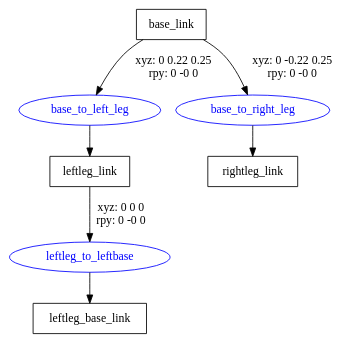
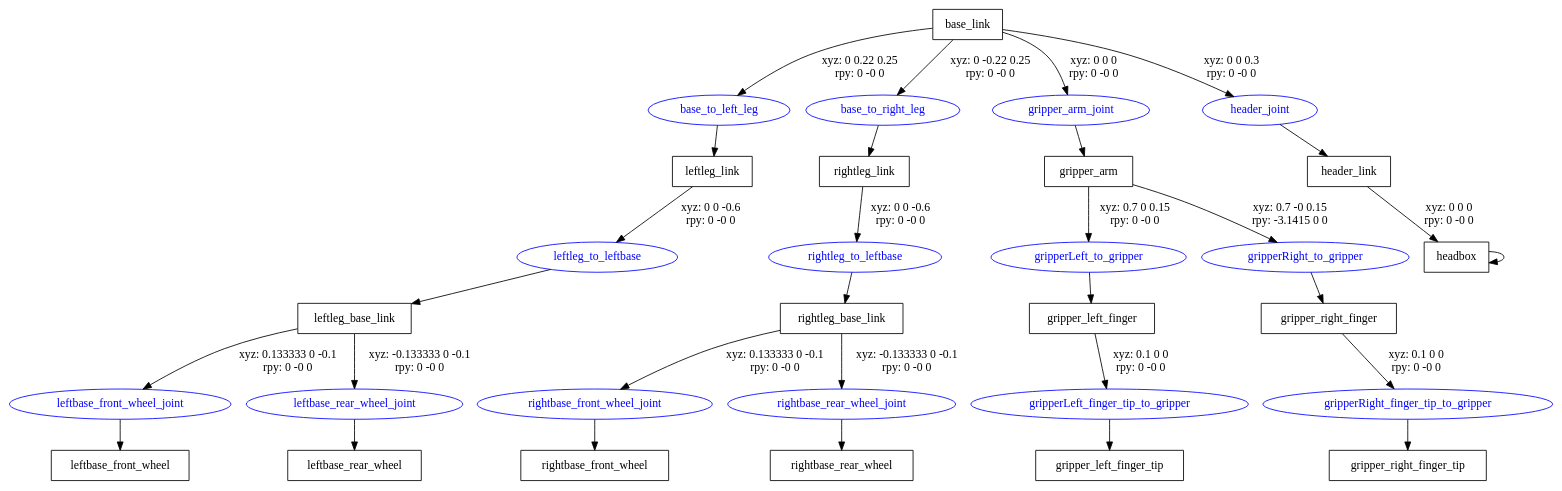
The diagram in sisko_mira_description/R2D2.gv (captsisko/thesis_urdf_experimentation), drawn with Graphviz before and after one commit. The commit also changed 2 other files, not shown here.

Commit message:
Updated but a work-in-progress. Collision and Inertial tags have not been given to the mesh finger and finger tips link

```diff
--- a/sisko_mira_description/R2D2.gv
+++ b/sisko_mira_description/R2D2.gv
@@ -1,14 +1,50 @@
 digraph G {
 node [shape=box];
 "base_link" [label="base_link"];
 "leftleg_link" [label="leftleg_link"];
 "leftleg_base_link" [label="leftleg_base_link"];
+"leftbase_front_wheel" [label="leftbase_front_wheel"];
+"leftbase_rear_wheel" [label="leftbase_rear_wheel"];
 "rightleg_link" [label="rightleg_link"];
+"rightleg_base_link" [label="rightleg_base_link"];
+"rightbase_front_wheel" [label="rightbase_front_wheel"];
+"rightbase_rear_wheel" [label="rightbase_rear_wheel"];
+"gripper_arm" [label="gripper_arm"];
+"gripper_left_finger" [label="gripper_left_finger"];
+"gripper_left_finger_tip" [label="gripper_left_finger_tip"];
+"gripper_right_finger" [label="gripper_right_finger"];
+"gripper_right_finger_tip" [label="gripper_right_finger_tip"];
+"header_link" [label="header_link"];
+"headbox" [label="headbox"];
 node [shape=ellipse, color=blue, fontcolor=blue];
 "base_link" -> "base_to_left_leg" [label="xyz: 0 0.22 0.25 \nrpy: 0 -0 0"]
 "base_to_left_leg" -> "leftleg_link"
-"leftleg_link" -> "leftleg_to_leftbase" [label="xyz: 0 0 0 \nrpy: 0 -0 0"]
+"leftleg_link" -> "leftleg_to_leftbase" [label="xyz: 0 0 -0.6 \nrpy: 0 -0 0"]
 "leftleg_to_leftbase" -> "leftleg_base_link"
+"leftleg_base_link" -> "leftbase_front_wheel_joint" [label="xyz: 0.133333 0 -0.1 \nrpy: 0 -0 0"]
+"leftbase_front_wheel_joint" -> "leftbase_front_wheel"
+"leftleg_base_link" -> "leftbase_rear_wheel_joint" [label="xyz: -0.133333 0 -0.1 \nrpy: 0 -0 0"]
+"leftbase_rear_wheel_joint" -> "leftbase_rear_wheel"
 "base_link" -> "base_to_right_leg" [label="xyz: 0 -0.22 0.25 \nrpy: 0 -0 0"]
 "base_to_right_leg" -> "rightleg_link"
+"rightleg_link" -> "rightleg_to_leftbase" [label="xyz: 0 0 -0.6 \nrpy: 0 -0 0"]
+"rightleg_to_leftbase" -> "rightleg_base_link"
+"rightleg_base_link" -> "rightbase_front_wheel_joint" [label="xyz: 0.133333 0 -0.1 \nrpy: 0 -0 0"]
+"rightbase_front_wheel_joint" -> "rightbase_front_wheel"
+"rightleg_base_link" -> "rightbase_rear_wheel_joint" [label="xyz: -0.133333 0 -0.1 \nrpy: 0 -0 0"]
+"rightbase_rear_wheel_joint" -> "rightbase_rear_wheel"
+"base_link" -> "gripper_arm_joint" [label="xyz: 0 0 0 \nrpy: 0 -0 0"]
+"gripper_arm_joint" -> "gripper_arm"
+"gripper_arm" -> "gripperLeft_to_gripper" [label="xyz: 0.7 0 0.15 \nrpy: 0 -0 0"]
+"gripperLeft_to_gripper" -> "gripper_left_finger"
+"gripper_left_finger" -> "gripperLeft_finger_tip_to_gripper" [label="xyz: 0.1 0 0 \nrpy: 0 -0 0"]
+"gripperLeft_finger_tip_to_gripper" -> "gripper_left_finger_tip"
+"gripper_arm" -> "gripperRight_to_gripper" [label="xyz: 0.7 -0 0.15 \nrpy: -3.1415 0 0"]
+"gripperRight_to_gripper" -> "gripper_right_finger"
+"gripper_right_finger" -> "gripperRight_finger_tip_to_gripper" [label="xyz: 0.1 0 0 \nrpy: 0 -0 0"]
+"gripperRight_finger_tip_to_gripper" -> "gripper_right_finger_tip"
+"base_link" -> "header_joint" [label="xyz: 0 0 0.3 \nrpy: 0 -0 0"]
+"header_joint" -> "header_link"
+"header_link" -> "headbox" [label="xyz: 0 0 0 \nrpy: 0 -0 0"]
+"headbox" -> "headbox"
 }
```
